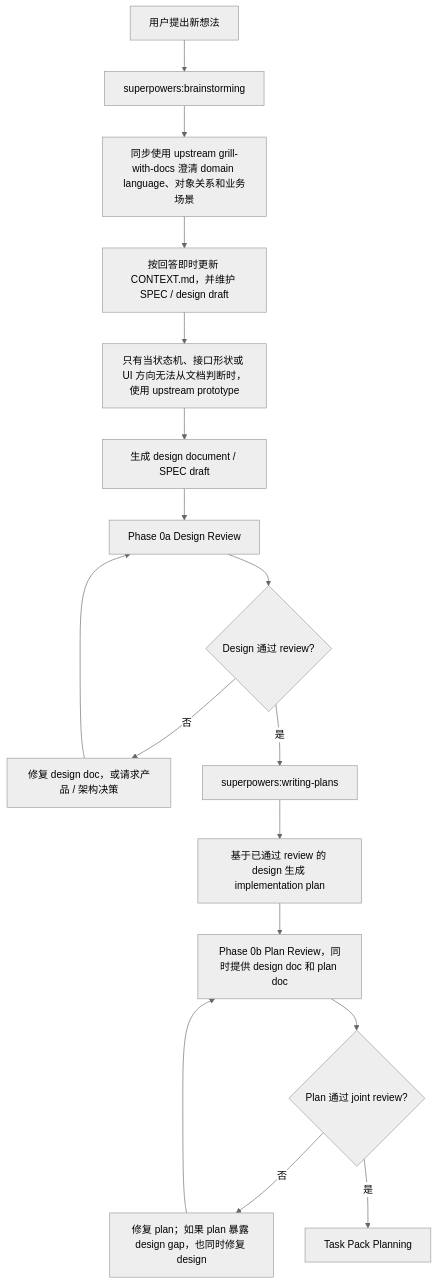
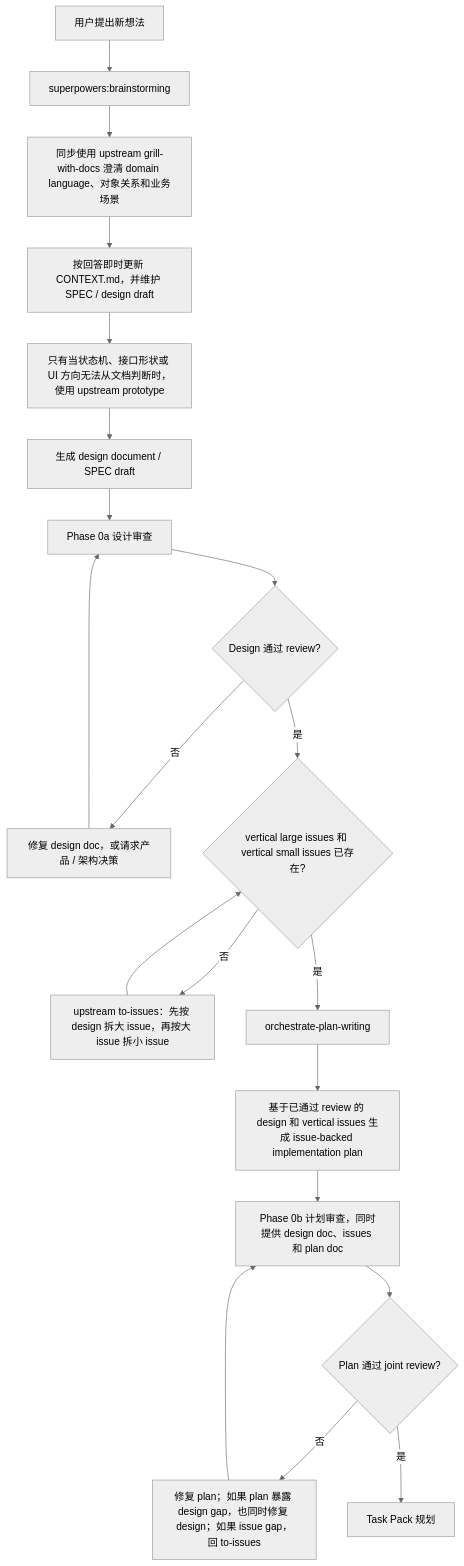
Before and after one commit to chancheuklap/multi-model-workflow: the first of 5 diagrams in .agents/skills/orchestrate-workflow/SKILL.md, drawn with Mermaid (neutral theme). The commit also changed other lines of this file and 20 other files, not shown here.

Commit message:
Align orchestrate workflow docs with issue-backed planning

````diff
--- a/.agents/skills/orchestrate-workflow/SKILL.md
+++ b/.agents/skills/orchestrate-workflow/SKILL.md
@@ -49,19 +49,22 @@
 ```mermaid
 flowchart TD
     A["用户提出新想法"] --> B["superpowers:brainstorming"]
     B --> C["同步使用 upstream grill-with-docs 澄清 domain language、对象关系和业务场景"]
     C --> D["按回答即时更新 CONTEXT.md，并维护 SPEC / design draft"]
     D --> E["只有当状态机、接口形状或 UI 方向无法从文档判断时，使用 upstream prototype"]
     E --> F["生成 design document / SPEC draft"]
-    F --> G["Phase 0a Design Review"]
+    F --> G["Phase 0a 设计审查"]
     G --> H{"Design 通过 review?"}
     H -->|否| I["修复 design doc，或请求产品 / 架构决策"]
     I --> G
-    H -->|是| J["superpowers:writing-plans"]
-    J --> K["基于已通过 review 的 design 生成 implementation plan"]
-    K --> L["Phase 0b Plan Review，同时提供 design doc 和 plan doc"]
-    L --> M{"Plan 通过 joint review?"}
-    M -->|否| N["修复 plan；如果 plan 暴露 design gap，也同时修复 design"]
-    N --> L
-    M -->|是| O["Task Pack Planning"]
+    H -->|是| J{"vertical large issues 和 vertical small issues 已存在?"}
+    J -->|否| K["upstream to-issues：先按 design 拆大 issue，再按大 issue 拆小 issue"]
+    K --> J
+    J -->|是| L["orchestrate-plan-writing"]
+    L --> M["基于已通过 review 的 design 和 vertical issues 生成 issue-backed implementation plan"]
+    M --> N["Phase 0b 计划审查，同时提供 design doc、issues 和 plan doc"]
+    N --> O{"Plan 通过 joint review?"}
+    O -->|否| P["修复 plan；如果 plan 暴露 design gap，也同时修复 design；如果 issue gap，回 to-issues"]
+    P --> N
+    O -->|是| Q["Task Pack 规划"]
 ```
````
